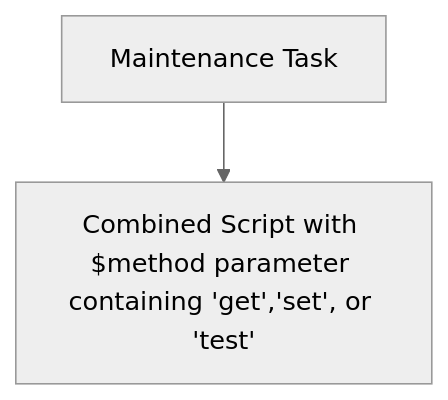
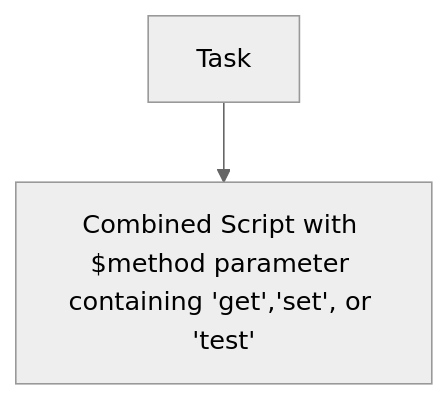
Before and after one commit to immense/immybot-documentation: the fifth of 5 diagrams in src/README.md, drawn with Mermaid (neutral theme). The commit also changed other lines of this file, not shown here.

Commit message:
Replace Maintenance Task with Task

````diff
--- a/src/README.md
+++ b/src/README.md
@@ -344,5 +346,5 @@
 ```mermaid
 graph TD
-    C[Maintenance Task] 
+    C[Task] 
     C --> S[Combined Script with $method parameter containing 'get','set', or 'test']    
 ```
````
